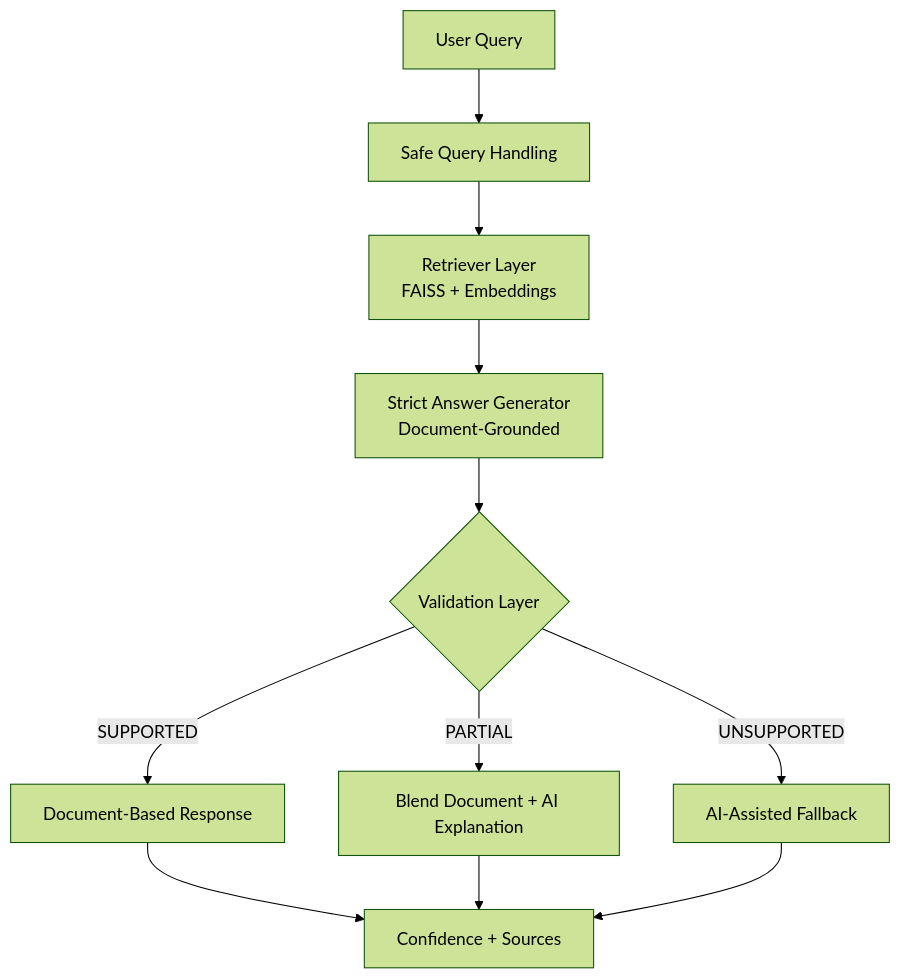
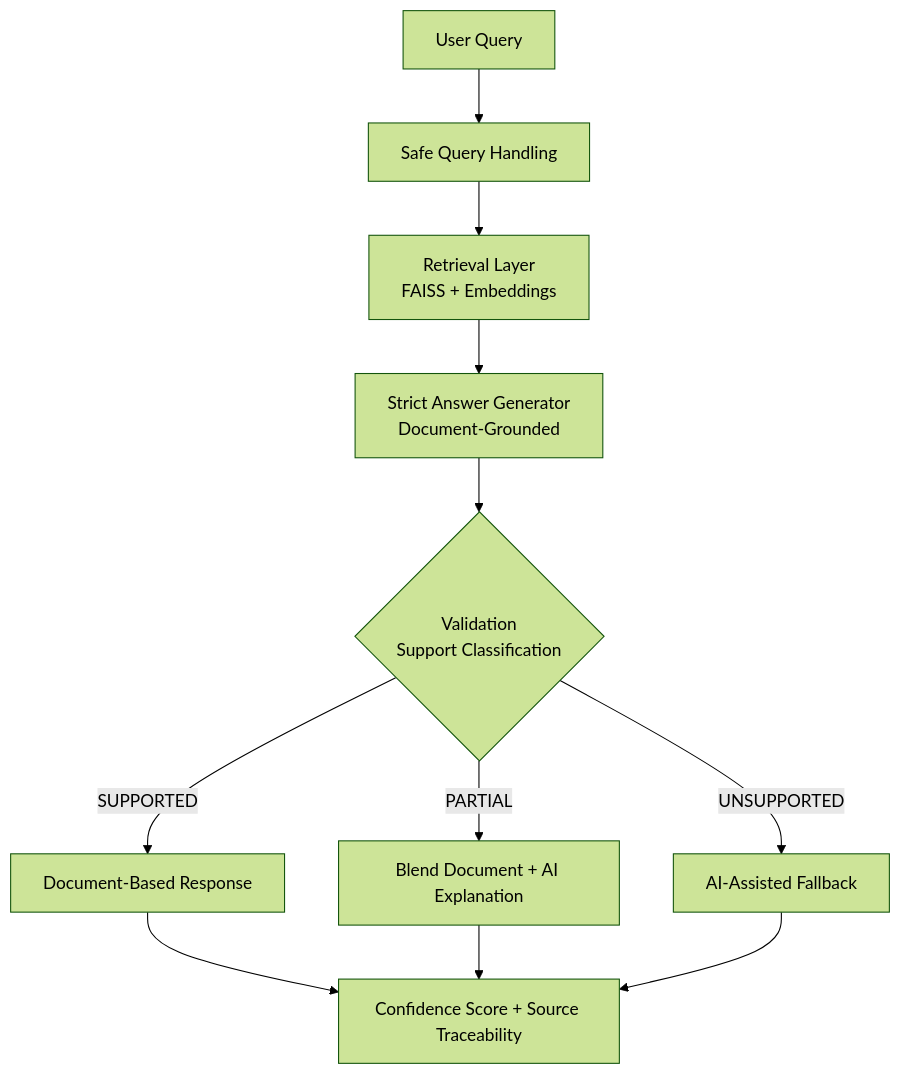
One commit to leelakrishna-cloud/agentic-ai-compliance-assistant-v2 changed the diagram in README.md. Above: the diagram before and after it, drawn with Mermaid (forest theme). The commit also changed other lines of this file, not shown here.

First line of the commit message:
Revise key features and architecture section in README

````diff
--- a/README.md
+++ b/README.md
@@ -70,16 +72,16 @@
 ```mermaid
 flowchart TD
 
 A[User Query] --> B[Safe Query Handling]
-B --> C[Retriever Layer<br/>FAISS + Embeddings]
+B --> C[Retrieval Layer<br/>FAISS + Embeddings]
 C --> D[Strict Answer Generator<br/>Document-Grounded]
-D --> E{Validation Layer}
+D --> E{Validation<br/>Support Classification}
 
 E -->|SUPPORTED| F[Document-Based Response]
 E -->|PARTIAL| G[Blend Document + AI Explanation]
 E -->|UNSUPPORTED| H[AI-Assisted Fallback]
 
-F --> I[Confidence + Sources]
+F --> I[Confidence Score + Source Traceability]
 G --> I
 H --> I
 ```
````
